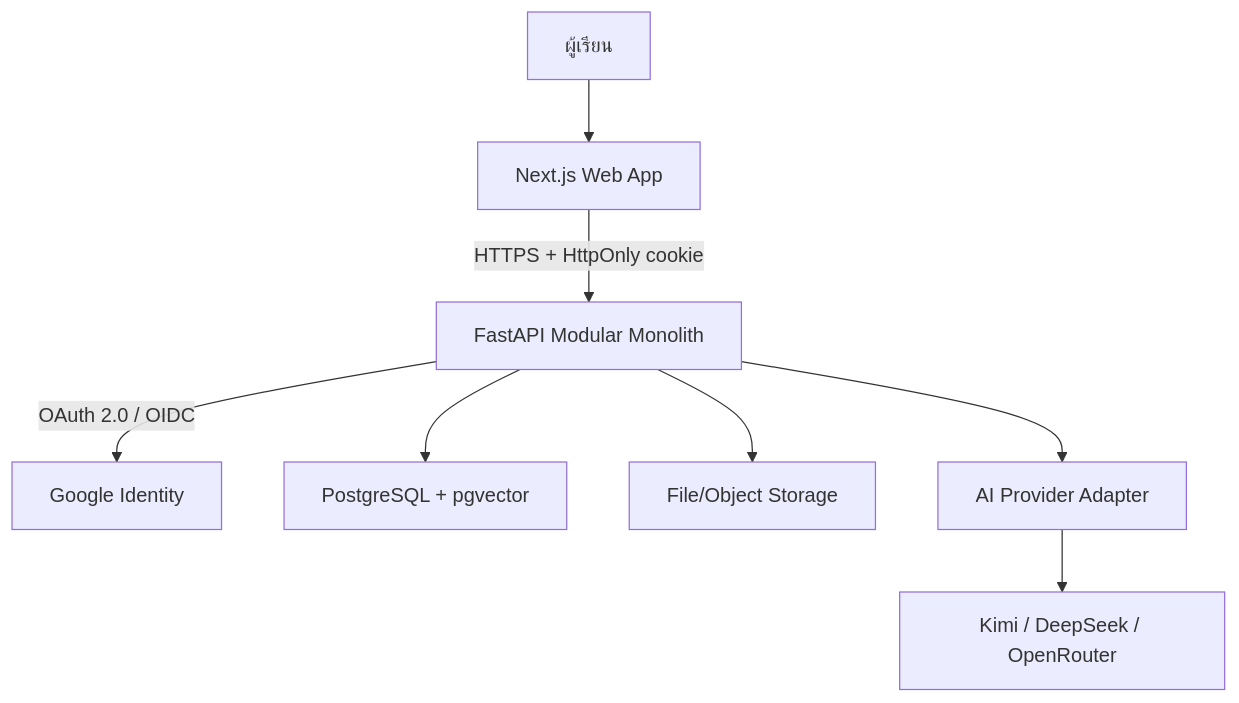
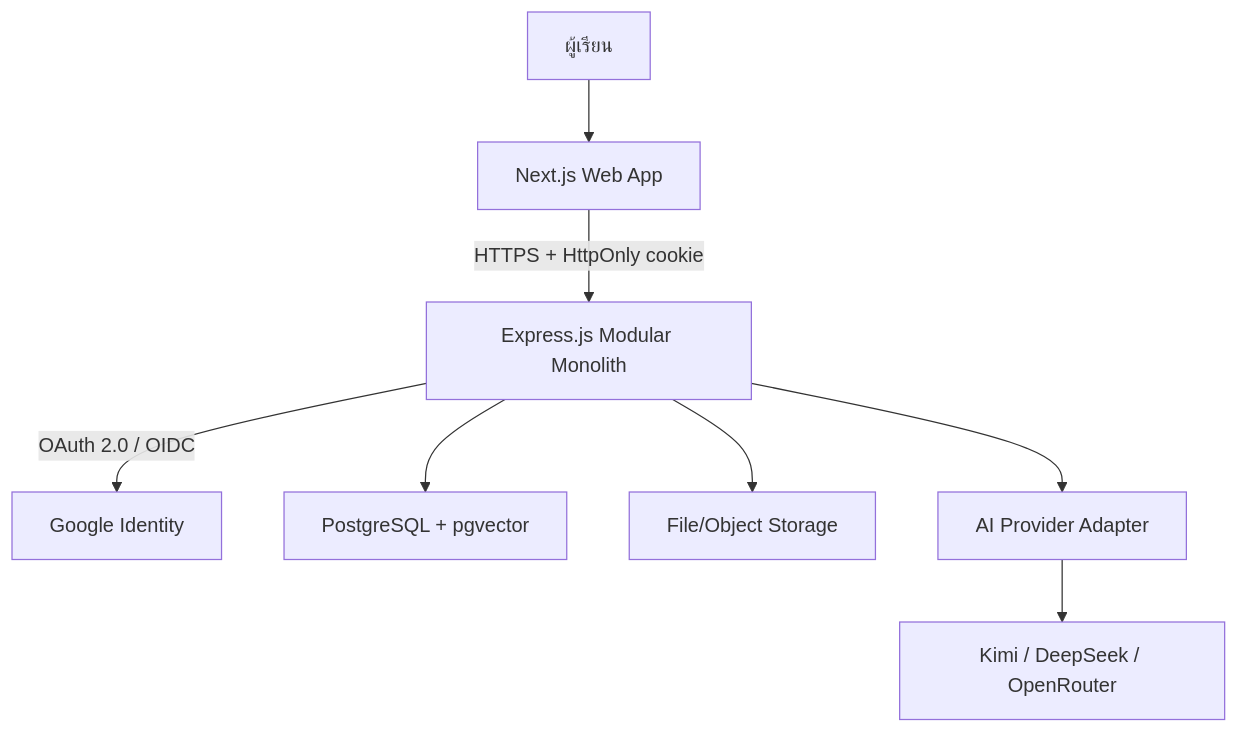
The first of 4 diagrams in docs/architecture.md (SteveJO789/LearnlyAi), drawn with Mermaid before and after one commit. The commit also changed other lines of this file and 7 other files, not shown here.

Commit message:
docs: switch backend architecture to Express.js

````diff
--- a/docs/architecture.md
+++ b/docs/architecture.md
@@ -20,10 +20,10 @@
 ```mermaid
 flowchart TB
     Learner["ผู้เรียน"] --> Web["Next.js Web App"]
-    Web -->|"HTTPS + HttpOnly cookie"| API["FastAPI Modular Monolith"]
+    Web -->|"HTTPS + HttpOnly cookie"| API["Express.js Modular Monolith"]
     API -->|"OAuth 2.0 / OIDC"| Google["Google Identity"]
     API --> DB["PostgreSQL + pgvector"]
     API --> Files["File/Object Storage"]
     API --> Provider["AI Provider Adapter"]
     Provider --> Models["Kimi / DeepSeek / OpenRouter"]
 ```
````
